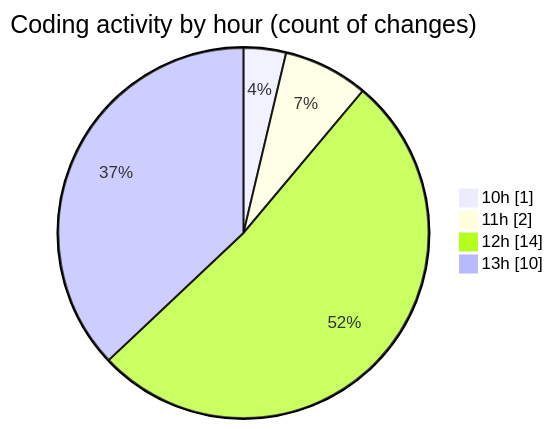
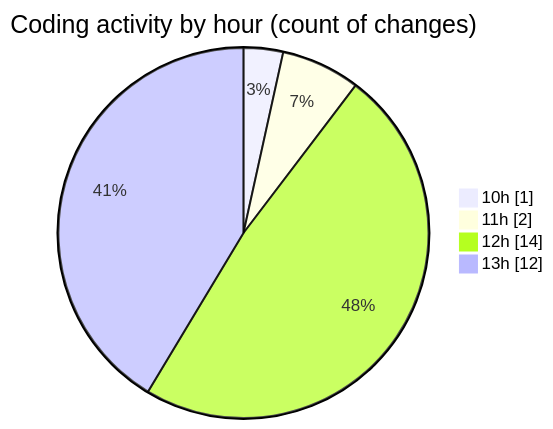
Before and after one commit to momahboobian/code-tracking: the second of 2 diagrams in 2026-11-02/cda/README.md, drawn with Mermaid. The commit also changed other lines of this file and 1 other file, not shown here.

````diff
--- a/2026-11-02/cda/README.md
+++ b/2026-11-02/cda/README.md
@@ -39,8 +40,8 @@
 ```mermaid
 pie showData
 title Coding activity by hour (count of changes)
 "10h" : 1
 "11h" : 2
 "12h" : 14
-"13h" : 10
+"13h" : 12
 ```
````
